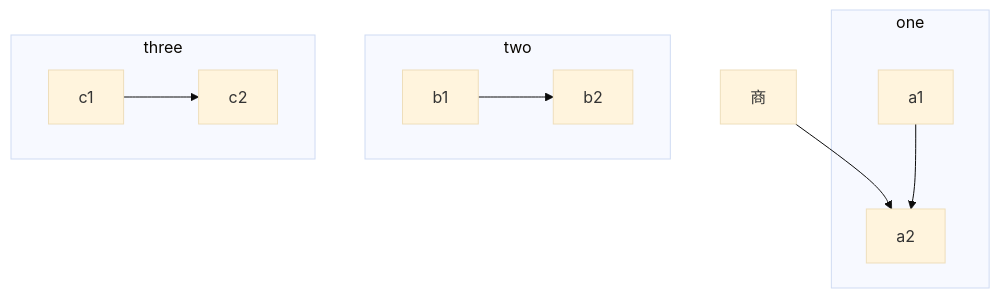
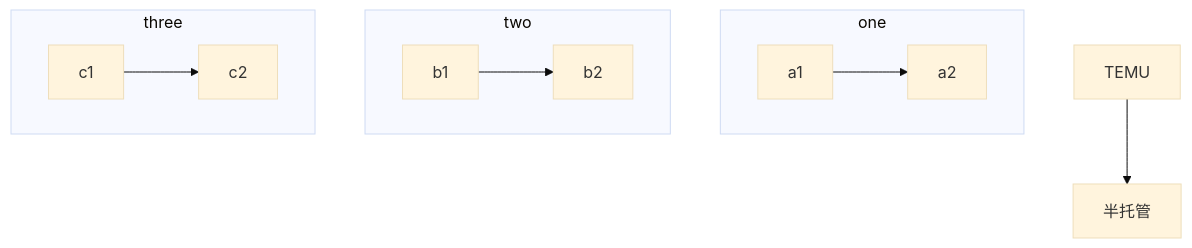
One commit to Zora0203/iodraw-files changed the diagram in all/TEMU链路图.md. Above: the diagram before and after it, drawn with Mermaid (base theme).

Commit message:
2024-12-06 16:25:39 update

````diff
--- a/all/TEMU链路图.md
+++ b/all/TEMU链路图.md
@@ -1,15 +1,15 @@
 ```mermaid
 
 
 flowchart TB
-    商-->a2
+    TEMU--> 半托管
     subgraph one
     a1-->a2
     end
     subgraph two
     b1-->b2
     end
     subgraph three
     c1-->c2
     end
 ```
````
